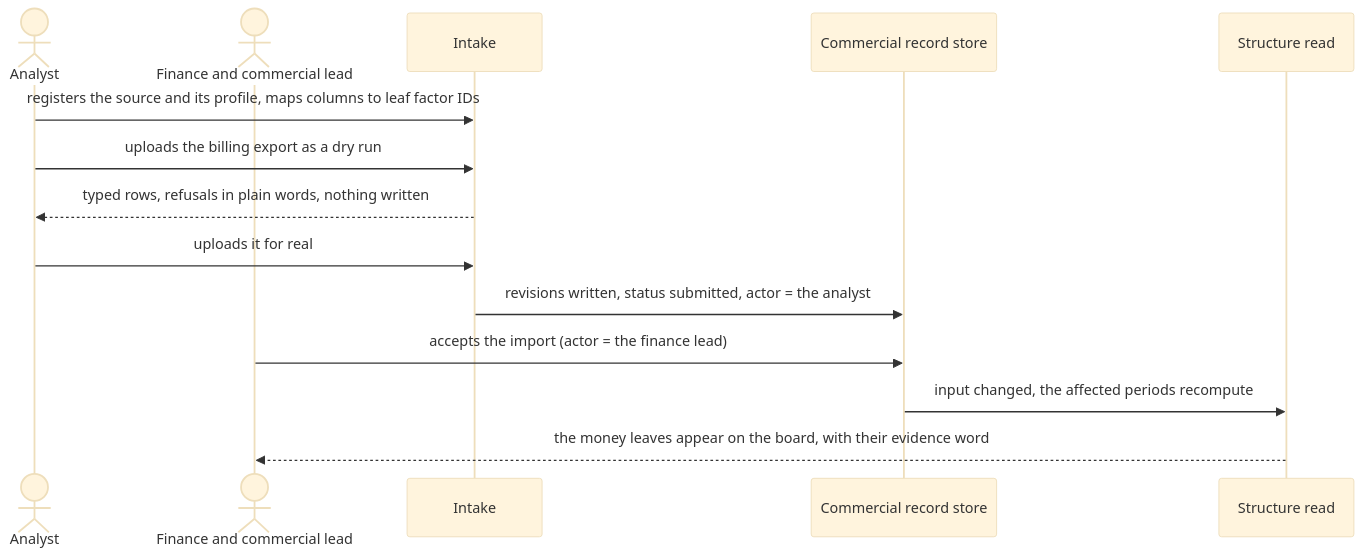
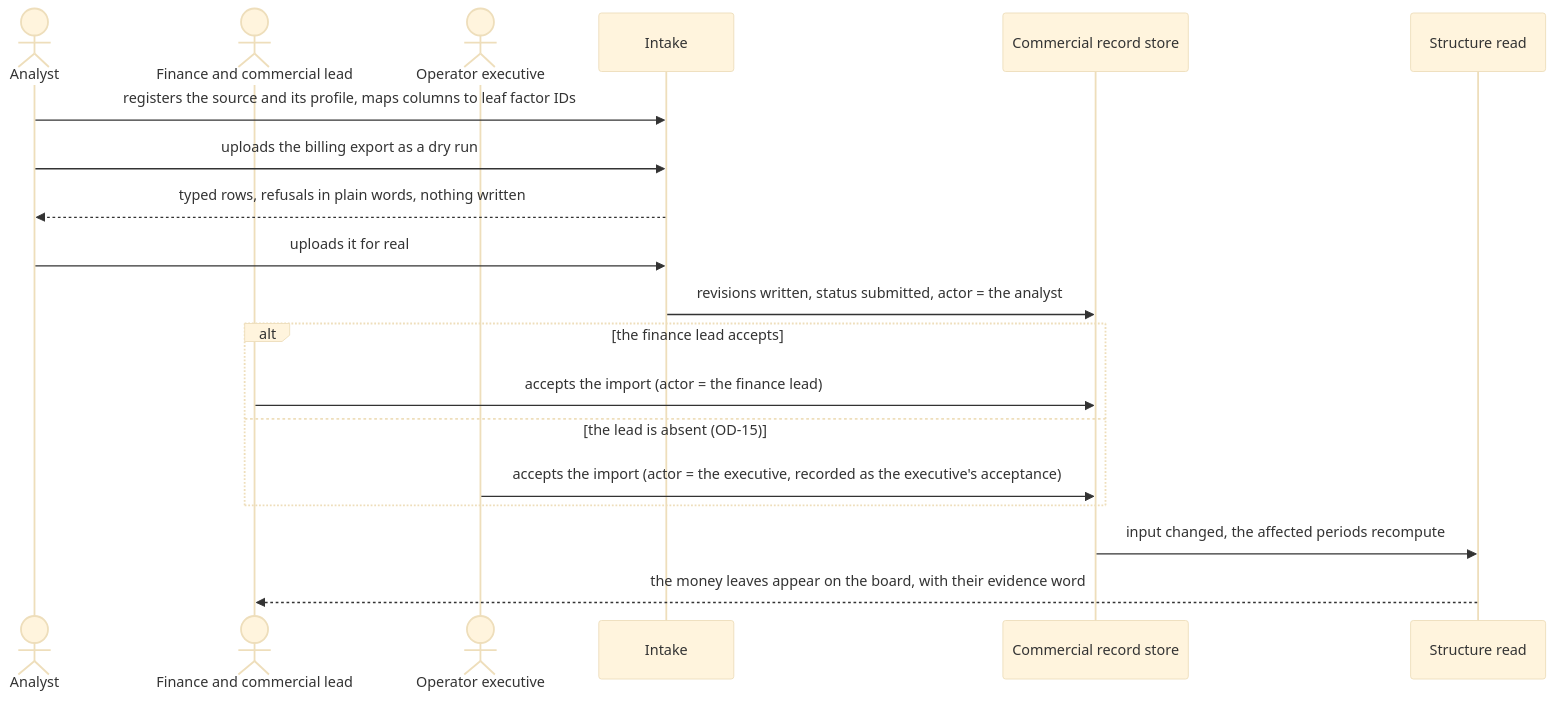
One commit to bineyame/AssetOpsV1 changed the diagram in Docs/demo-sprint/product-direction-layer4/integration-design.md. Above: the diagram before and after it, drawn with Mermaid (base theme). The commit also changed other lines of this file and 3 other files, not shown here.

````diff
--- a/Docs/demo-sprint/product-direction-layer4/integration-design.md
+++ b/Docs/demo-sprint/product-direction-layer4/integration-design.md
@@ -115,16 +115,21 @@
 ```mermaid
 sequenceDiagram
   actor A as Analyst
   actor F as Finance and commercial lead
+  actor E as Operator executive
   participant I as Intake
   participant S as Commercial record store
   participant R as Structure read
   A->>I: registers the source and its profile, maps columns to leaf factor IDs
   A->>I: uploads the billing export as a dry run
   I-->>A: typed rows, refusals in plain words, nothing written
   A->>I: uploads it for real
   I->>S: revisions written, status submitted, actor = the analyst
-  F->>S: accepts the import (actor = the finance lead)
+  alt the finance lead accepts
+    F->>S: accepts the import (actor = the finance lead)
+  else the lead is absent (OD-15)
+    E->>S: accepts the import (actor = the executive, recorded as the executive's acceptance)
+  end
   S->>R: input changed, the affected periods recompute
   R-->>F: the money leaves appear on the board, with their evidence word
 ```
````
